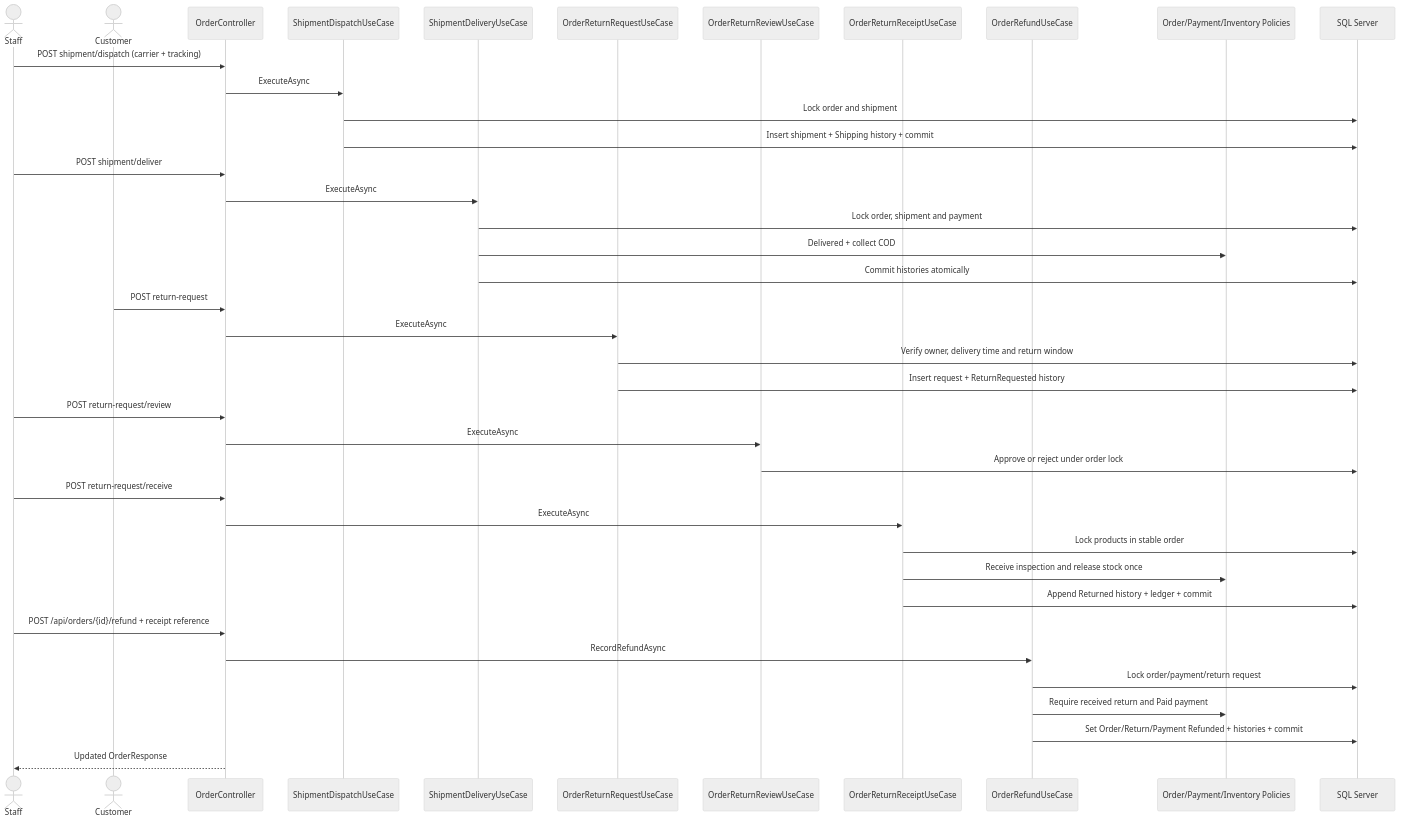
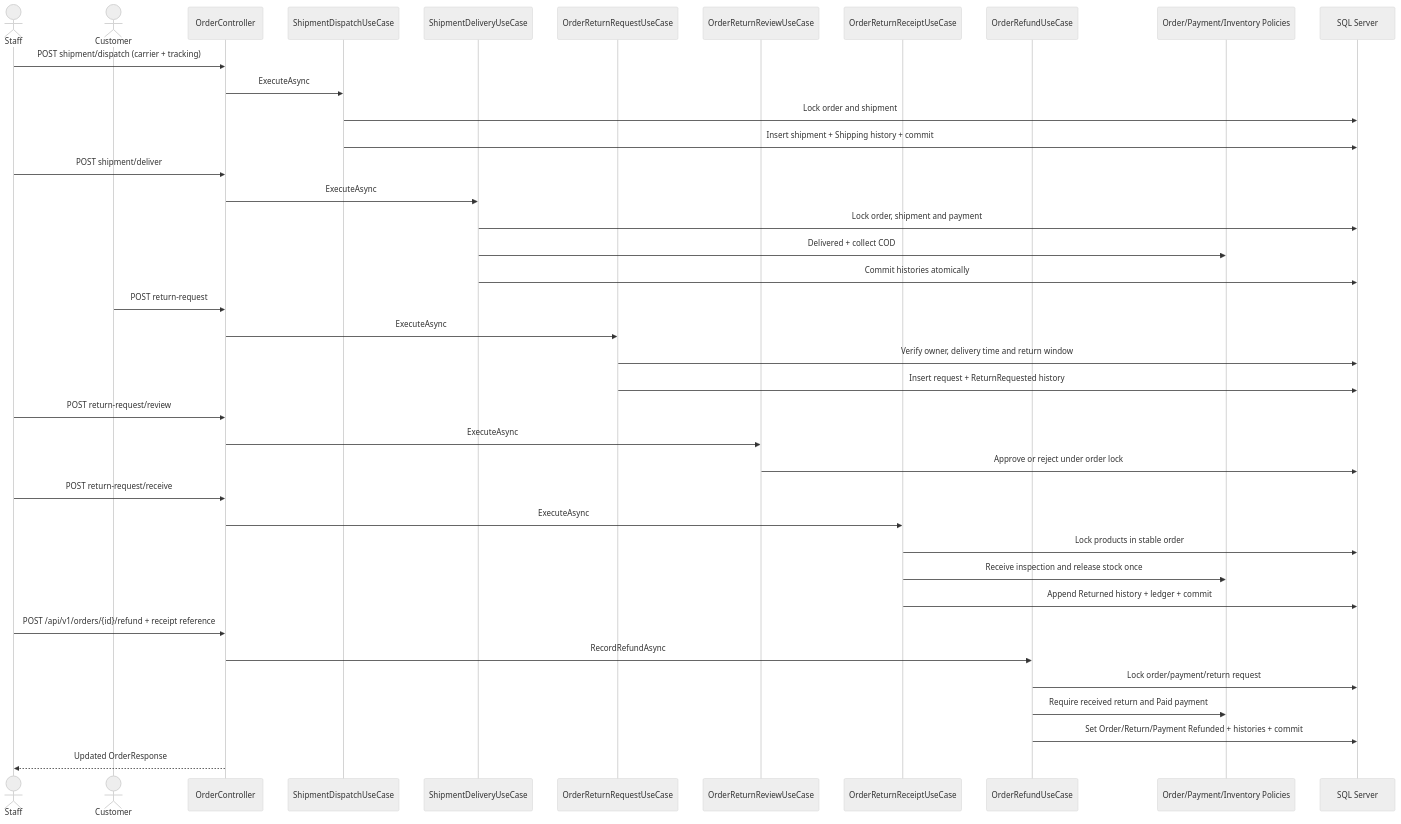
The third of 3 diagrams in docs/SEQUENCES.md (Giapnocap/ECommerceBackend), drawn with Mermaid (neutral theme) before and after one commit. The commit also changed other lines of this file and 6 other files, not shown here.

````diff
--- a/docs/SEQUENCES.md
+++ b/docs/SEQUENCES.md
@@ -67,45 +67,45 @@
 ```mermaid
 sequenceDiagram
     actor Staff
     actor Customer
     participant API as OrderController
     participant Dispatch as ShipmentDispatchUseCase
     participant Delivery as ShipmentDeliveryUseCase
     participant ReturnRequest as OrderReturnRequestUseCase
     participant ReturnReview as OrderReturnReviewUseCase
     participant ReturnReceipt as OrderReturnReceiptUseCase
     participant Refund as OrderRefundUseCase
     participant Rules as Order/Payment/Inventory Policies
     participant DB as SQL Server
 
     Staff->>API: POST shipment/dispatch (carrier + tracking)
     API->>Dispatch: ExecuteAsync
     Dispatch->>DB: Lock order and shipment
     Dispatch->>DB: Insert shipment + Shipping history + commit
 
     Staff->>API: POST shipment/deliver
     API->>Delivery: ExecuteAsync
     Delivery->>DB: Lock order, shipment and payment
     Delivery->>Rules: Delivered + collect COD
     Delivery->>DB: Commit histories atomically
 
     Customer->>API: POST return-request
     API->>ReturnRequest: ExecuteAsync
     ReturnRequest->>DB: Verify owner, delivery time and return window
     ReturnRequest->>DB: Insert request + ReturnRequested history
     Staff->>API: POST return-request/review
     API->>ReturnReview: ExecuteAsync
     ReturnReview->>DB: Approve or reject under order lock
     Staff->>API: POST return-request/receive
     API->>ReturnReceipt: ExecuteAsync
     ReturnReceipt->>DB: Lock products in stable order
     ReturnReceipt->>Rules: Receive inspection and release stock once
     ReturnReceipt->>DB: Append Returned history + ledger + commit
 
-    Staff->>API: POST /api/orders/{id}/refund + receipt reference
+    Staff->>API: POST /api/v1/orders/{id}/refund + receipt reference
     API->>Refund: RecordRefundAsync
     Refund->>DB: Lock order/payment/return request
     Refund->>Rules: Require received return and Paid payment
     Refund->>DB: Set Order/Return/Payment Refunded + histories + commit
     API-->>Staff: Updated OrderResponse
 ```
````
